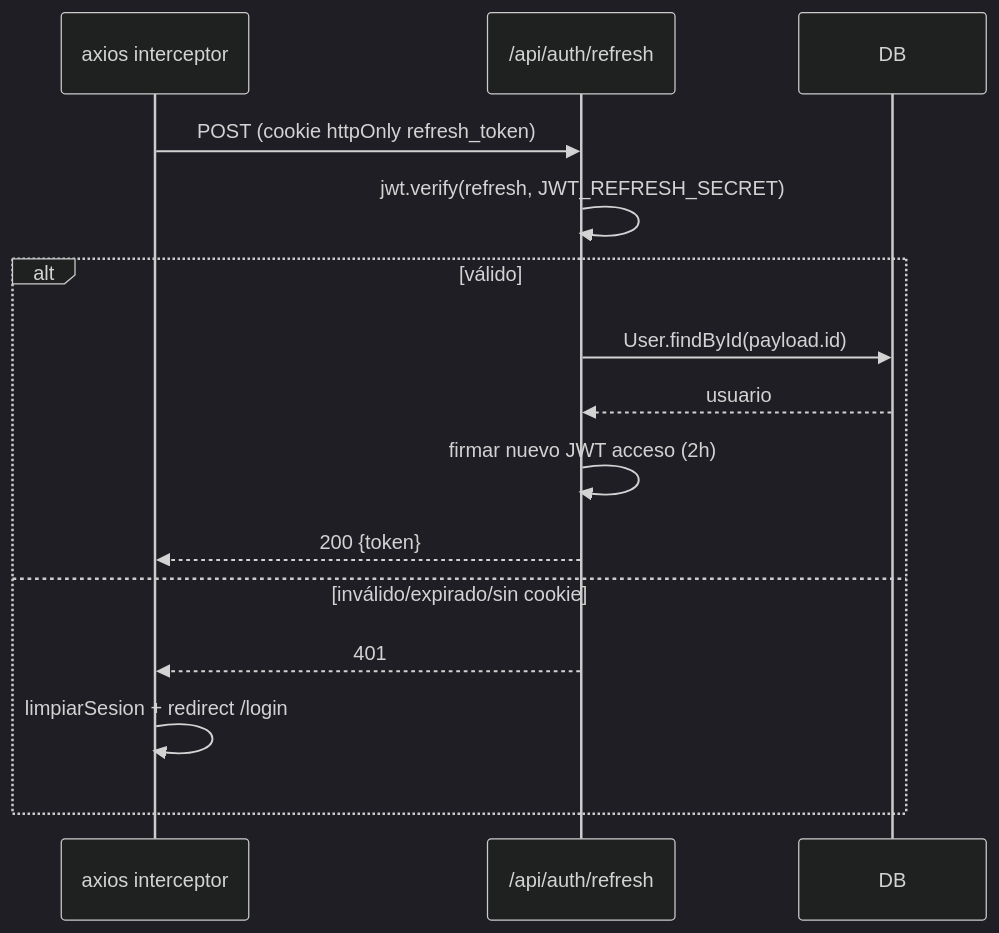
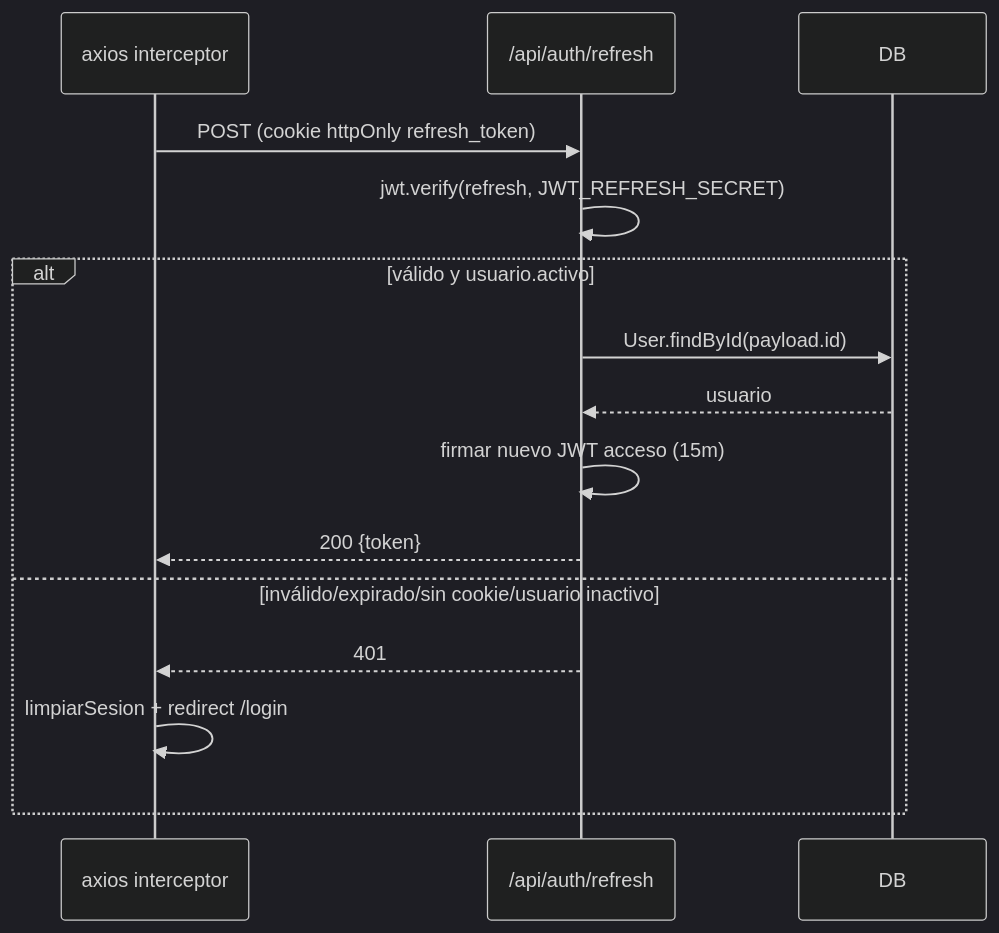
The second of 4 diagrams in docs-site/docs/backend/auth-flujo.md (ismaelmonllo/GymSuite), drawn with Mermaid (dark theme) before and after one commit. The commit also changed other lines of this file and 25 other files, not shown here.

Commit message:
Actualizo documentación para reflejar refactor de seguridad: 2FA con cookie firmada, JWT 15m, reset por token, rate limiting, helmet, audit log, índices Mongo, paginación de clientes y tests

````diff
--- a/docs-site/docs/backend/auth-flujo.md
+++ b/docs-site/docs/backend/auth-flujo.md
@@ -65,18 +70,18 @@
 ```mermaid
 sequenceDiagram
   participant FE as axios interceptor
   participant API as /api/auth/refresh
   participant DB
 
   FE->>API: POST (cookie httpOnly refresh_token)
   API->>API: jwt.verify(refresh, JWT_REFRESH_SECRET)
-  alt válido
+  alt válido y usuario.activo
     API->>DB: User.findById(payload.id)
     DB-->>API: usuario
-    API->>API: firmar nuevo JWT acceso (2h)
+    API->>API: firmar nuevo JWT acceso (15m)
     API-->>FE: 200 {token}
-  else inválido/expirado/sin cookie
+  else inválido/expirado/sin cookie/usuario inactivo
     API-->>FE: 401
     FE->>FE: limpiarSesion + redirect /login
   end
 ```
````
